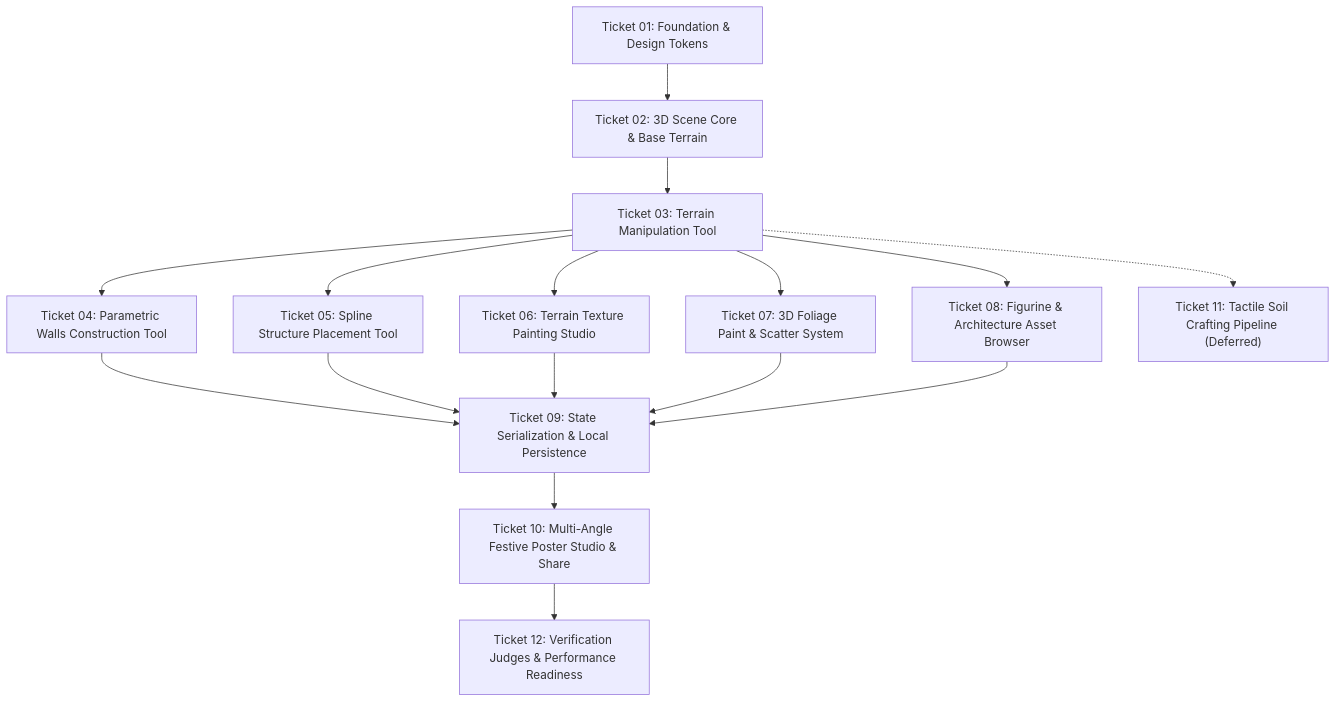
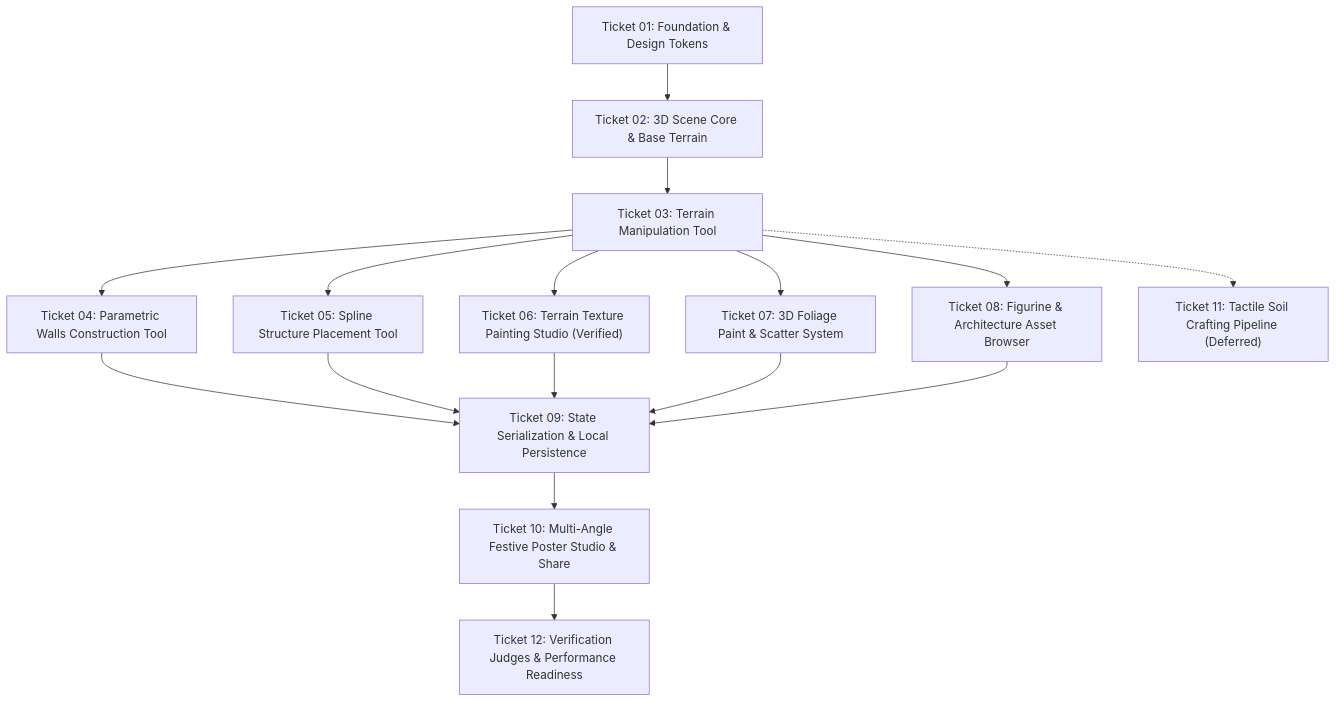
One commit to adityapawar112/KillaPlayground changed the diagram in roadmap.md. Above: the diagram before and after it, drawn with Mermaid. The commit also changed other lines of this file and 6 other files, not shown here.

First line of the commit message:
docs: update design system, architecture, roadmap, and agent UI/UX rules

````diff
--- a/roadmap.md
+++ b/roadmap.md
@@ -11,22 +11,22 @@
 ```mermaid
 graph TD
   T01["Ticket 01: Foundation & Design Tokens"] --> T02["Ticket 02: 3D Scene Core & Base Terrain"]
   T02 --> T03["Ticket 03: Terrain Manipulation Tool"]
   
   T03 --> T04["Ticket 04: Parametric Walls Construction Tool"]
   T03 --> T05["Ticket 05: Spline Structure Placement Tool"]
-  T03 --> T06["Ticket 06: Terrain Texture Painting Studio"]
+  T03 --> T06["Ticket 06: Terrain Texture Painting Studio (Verified)"]
   T03 --> T07["Ticket 07: 3D Foliage Paint & Scatter System"]
   T03 --> T08["Ticket 08: Figurine & Architecture Asset Browser"]
   
   T04 --> T09["Ticket 09: State Serialization & Local Persistence"]
   T05 --> T09
   T06 --> T09
   T07 --> T09
   T08 --> T09
   
   T09 --> T10["Ticket 10: Multi-Angle Festive Poster Studio & Share"]
   
   T03 -.-> T11["Ticket 11: Tactile Soil Crafting Pipeline (Deferred)"]
   T10 --> T12["Ticket 12: Verification Judges & Performance Readiness"]
 ```
````
